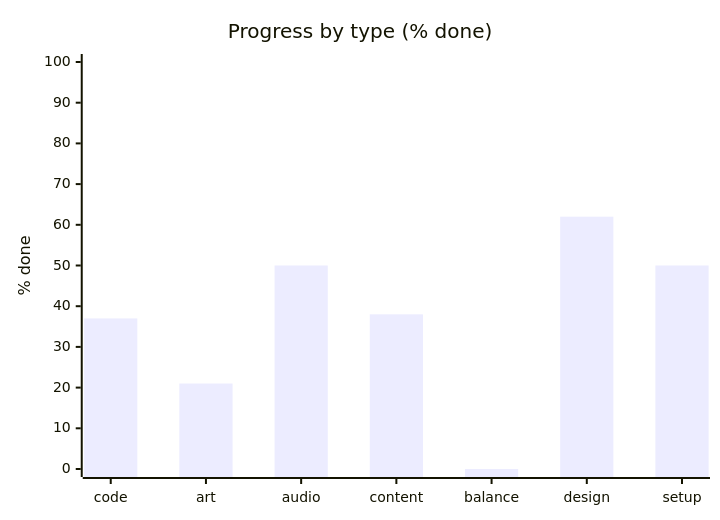
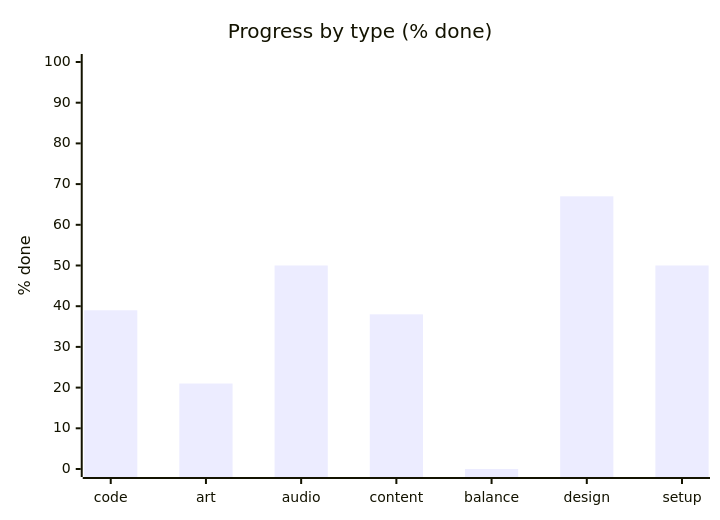
The second of 3 diagrams in STATUS.md (artemiiShabanov/RallyRivals), drawn with Mermaid before and after one commit. The commit also changed other lines of this file and 10 other files, not shown here.

````diff
--- a/STATUS.md
+++ b/STATUS.md
@@ -17,7 +17,7 @@
 ```mermaid
 xychart-beta
     title "Progress by type (% done)"
     x-axis ["code", "art", "audio", "content", "balance", "design", "setup"]
     y-axis "% done" 0 --> 100
-    bar [37, 21, 50, 38, 0, 62, 50]
+    bar [39, 21, 50, 38, 0, 67, 50]
 ```
````
